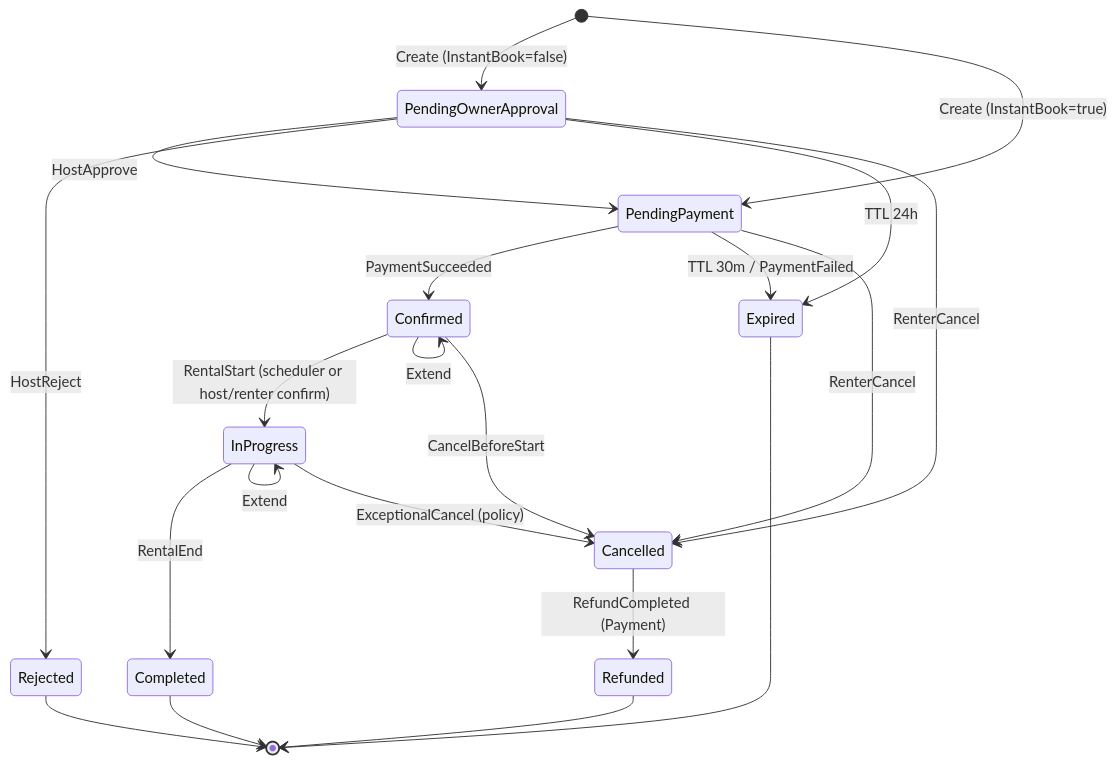
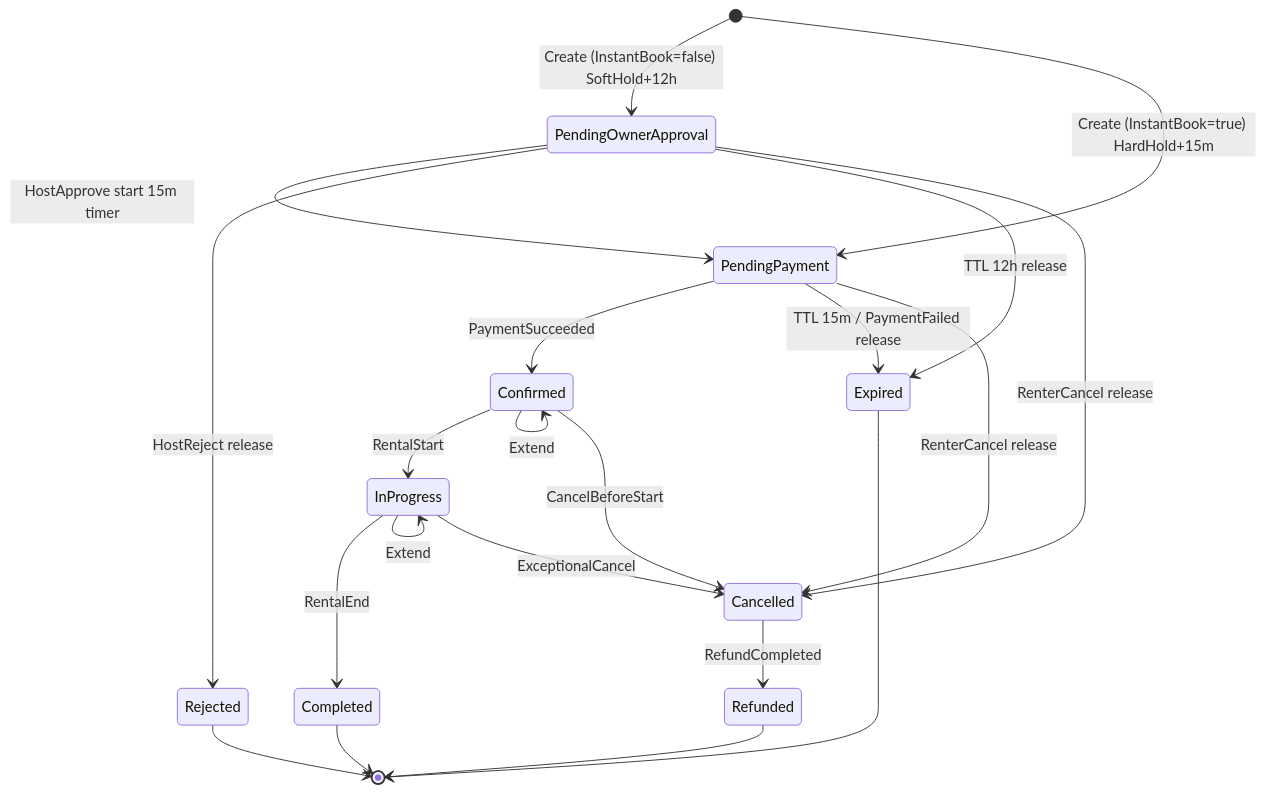
The diagram in docs/booking/02-state-machine.md (mrad-ibra/eHub-platform), drawn with Mermaid before and after one commit. The commit also changed other lines of this file and 16 other files, not shown here.

````diff
--- a/docs/booking/02-state-machine.md
+++ b/docs/booking/02-state-machine.md
@@ -24,28 +22,28 @@
 ```mermaid
 stateDiagram-v2
-  [*] --> PendingOwnerApproval: Create (InstantBook=false)
-  [*] --> PendingPayment: Create (InstantBook=true)
+  [*] --> PendingOwnerApproval: Create (InstantBook=false) SoftHold+12h
+  [*] --> PendingPayment: Create (InstantBook=true) HardHold+15m
 
-  PendingOwnerApproval --> PendingPayment: HostApprove
-  PendingOwnerApproval --> Rejected: HostReject
-  PendingOwnerApproval --> Expired: TTL 24h
-  PendingOwnerApproval --> Cancelled: RenterCancel
+  PendingOwnerApproval --> PendingPayment: HostApprove start 15m timer
+  PendingOwnerApproval --> Rejected: HostReject release
+  PendingOwnerApproval --> Expired: TTL 12h release
+  PendingOwnerApproval --> Cancelled: RenterCancel release
 
   PendingPayment --> Confirmed: PaymentSucceeded
-  PendingPayment --> Expired: TTL 30m / PaymentFailed
-  PendingPayment --> Cancelled: RenterCancel
+  PendingPayment --> Expired: TTL 15m / PaymentFailed release
+  PendingPayment --> Cancelled: RenterCancel release
 
-  Confirmed --> InProgress: RentalStart (scheduler or host/renter confirm)
+  Confirmed --> InProgress: RentalStart
   Confirmed --> Cancelled: CancelBeforeStart
   Confirmed --> Confirmed: Extend
 
   InProgress --> Completed: RentalEnd
   InProgress --> InProgress: Extend
-  InProgress --> Cancelled: ExceptionalCancel (policy)
+  InProgress --> Cancelled: ExceptionalCancel
 
-  Cancelled --> Refunded: RefundCompleted (Payment)
+  Cancelled --> Refunded: RefundCompleted
   Completed --> [*]
   Rejected --> [*]
   Expired --> [*]
   Refunded --> [*]
 ```
````
